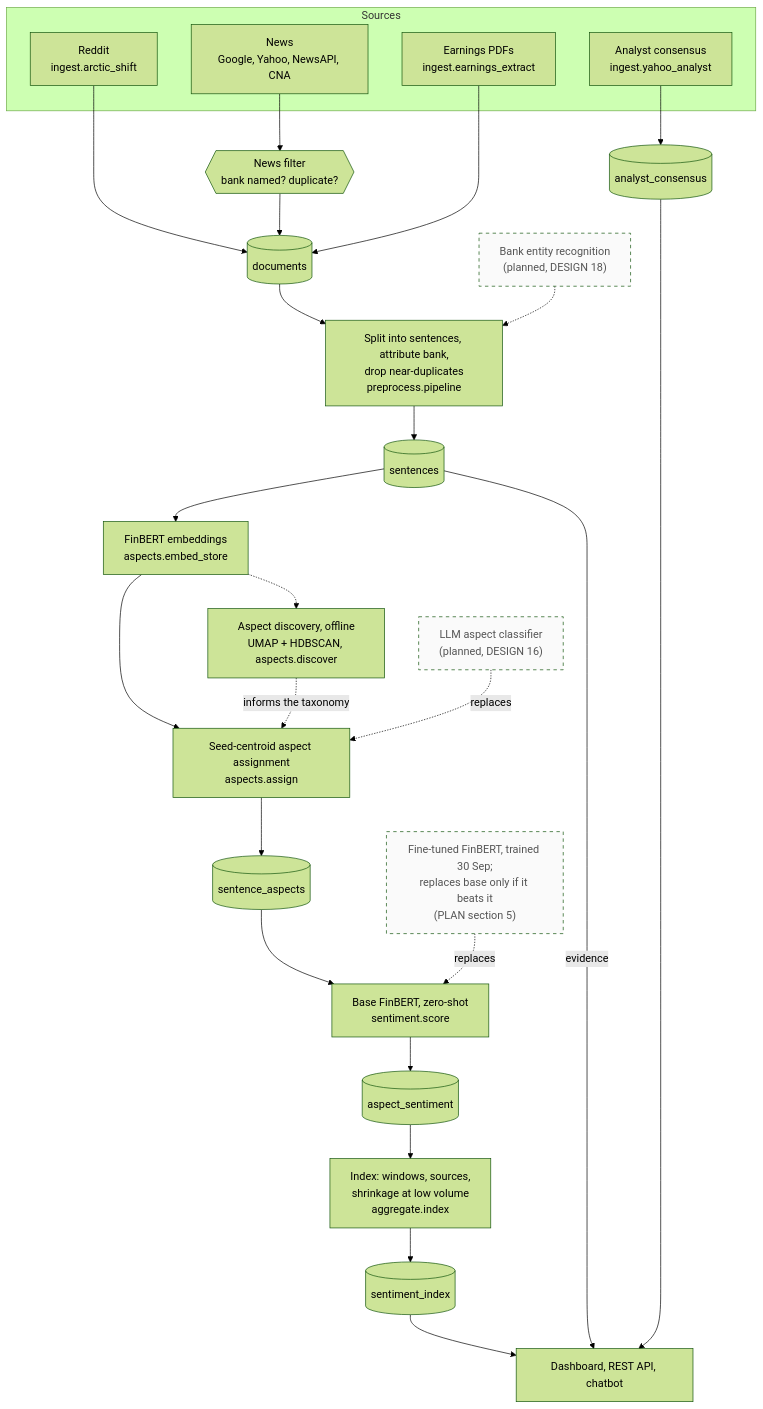
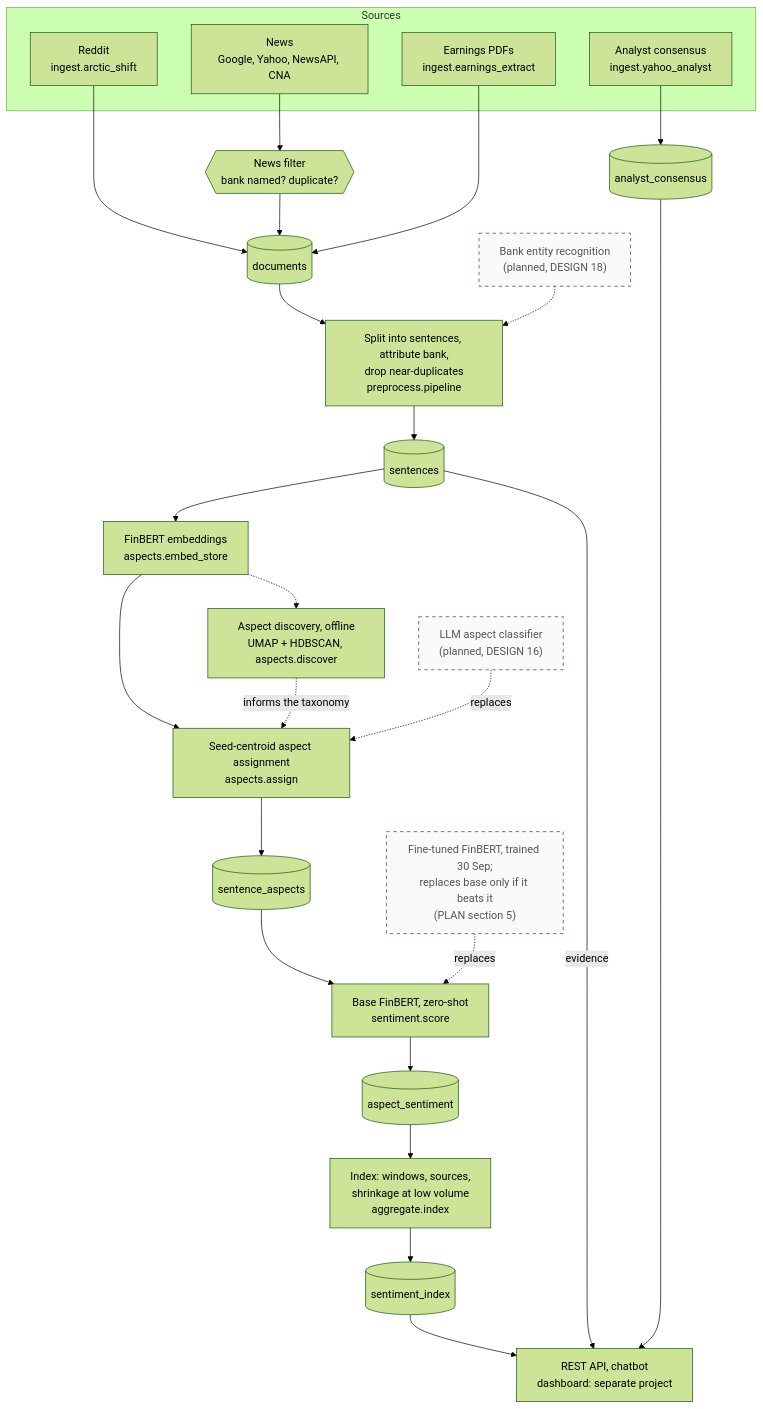
One commit to Gavingyh/plp-project changed the diagram in docs/diagrams/src/04-pipeline.mmd. Above: the diagram before and after it, drawn with Mermaid (forest theme). The commit also changed 62 other files, not shown here.

First line of the commit message:
Hand the dashboard to its own project; expose everything through the API

```diff
--- a/docs/diagrams/src/04-pipeline.mmd
+++ b/docs/diagrams/src/04-pipeline.mmd
@@ -1,48 +1,48 @@
 flowchart TB
   accTitle: Processing pipeline
-  accDescr: Sources are ingested into documents, split into sentences, embedded, tagged with aspects, scored and aggregated into an index that the dashboard, API and chatbot read. Planned replacements are dashed.
+  accDescr: Sources are ingested into documents, split into sentences, embedded, tagged with aspects, scored and aggregated into an index that the API and chatbot serve, and a separate dashboard reads through the API. Planned replacements are dashed.
 
   subgraph src["Sources"]
     reddit["Reddit<br/>ingest.arctic_shift"]
     news["News<br/>Google, Yahoo, NewsAPI, CNA"]
     pdfs["Earnings PDFs<br/>ingest.earnings_extract"]
     cons["Analyst consensus<br/>ingest.yahoo_analyst"]
   end
 
   filt{{"News filter<br/>bank named? duplicate?"}}
   docs[("documents")]
   acons[("analyst_consensus")]
   prep["Split into sentences, attribute bank,<br/>drop near-duplicates<br/>preprocess.pipeline"]
   ner["Bank entity recognition<br/>(planned, DESIGN 18)"]
   sents[("sentences")]
   emb["FinBERT embeddings<br/>aspects.embed_store"]
   disc["Aspect discovery, offline<br/>UMAP + HDBSCAN, aspects.discover"]
   assign["Seed-centroid aspect assignment<br/>aspects.assign"]
   llm["LLM aspect classifier<br/>(planned, DESIGN 16)"]
   sa[("sentence_aspects")]
   score["Base FinBERT, zero-shot<br/>sentiment.score"]
   ft["Fine-tuned FinBERT, trained 30 Sep;<br/>replaces base only if it beats it<br/>(PLAN section 5)"]
   as[("aspect_sentiment")]
   agg["Index: windows, sources,<br/>shrinkage at low volume<br/>aggregate.index"]
   idx[("sentiment_index")]
-  ui["Dashboard, REST API, chatbot"]
+  ui["REST API, chatbot<br/>dashboard: separate project"]
 
   reddit --> docs
   news --> filt --> docs
   pdfs --> docs
   cons --> acons
   docs --> prep --> sents
   ner -.-> prep
   sents --> emb --> assign --> sa
   emb -.-> disc
   disc -. "informs the taxonomy" .-> assign
   llm -. "replaces" .-> assign
   sa --> score --> as
   ft -. "replaces" .-> score
   as --> agg --> idx
   idx --> ui
   sents -- "evidence" --> ui
   acons --> ui
 
   classDef planned stroke-dasharray: 5 5,color:#555,fill:#fafafa;
   class ner,llm,ft planned;
```
